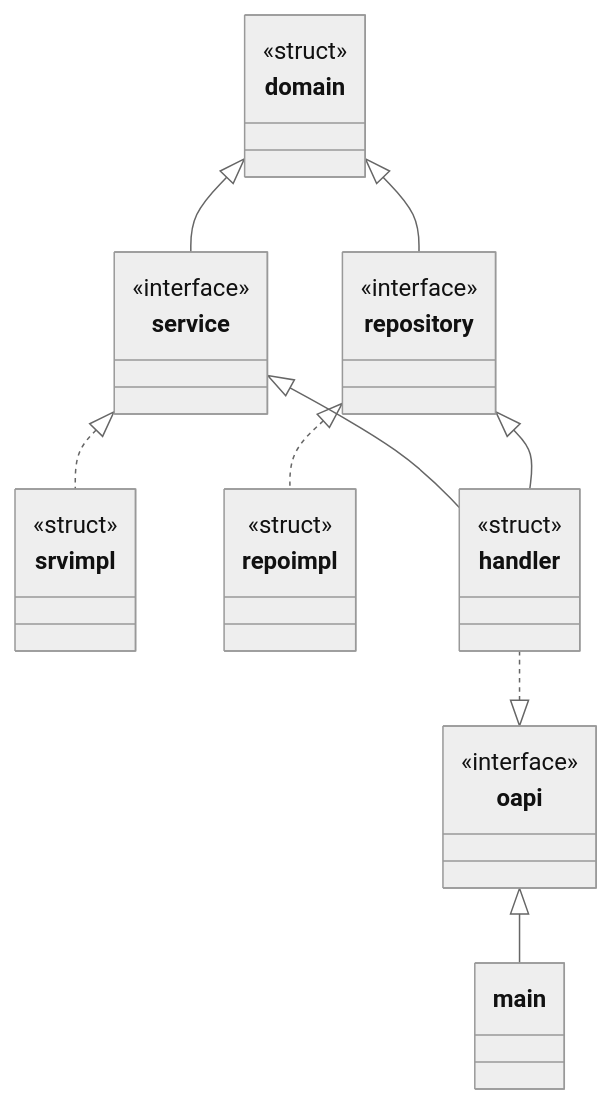
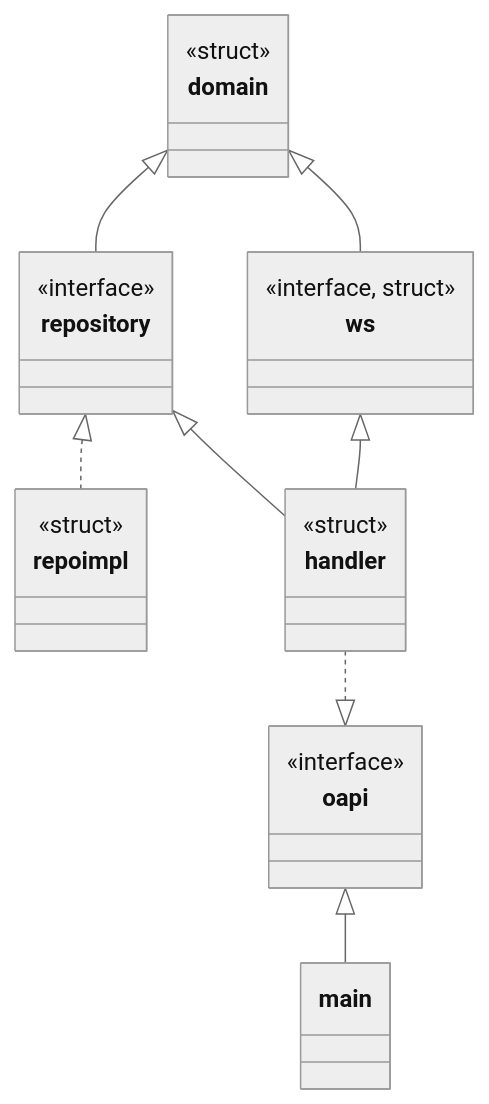
One commit to hackathon-22-winter-01/hackathon-22-winter-01_backend changed the diagram in README.md. Above: the diagram before and after it, drawn with Mermaid (neutral theme). The commit also changed other lines of this file and 4 other files, not shown here.

````diff
--- a/README.md
+++ b/README.md
@@ -16,20 +15,18 @@
 ```mermaid
 classDiagram
 
 class domain { <<struct>> }
-class service { <<interface>> }
-class srvimpl { <<struct>> }
+class ws { <<interface, struct>> }
 class repository { <<interface>> }
 class repoimpl { <<struct>> }
 class handler { <<struct>> }
 class oapi { <<interface>> }
 
-domain <|-- service
+domain <|-- ws
 domain <|-- repository
-service <|.. srvimpl
 repository <|.. repoimpl
-service <|-- handler
+ws <|-- handler
 repository <|-- handler
 handler ..|> oapi
 oapi <|-- main
 ```
````
